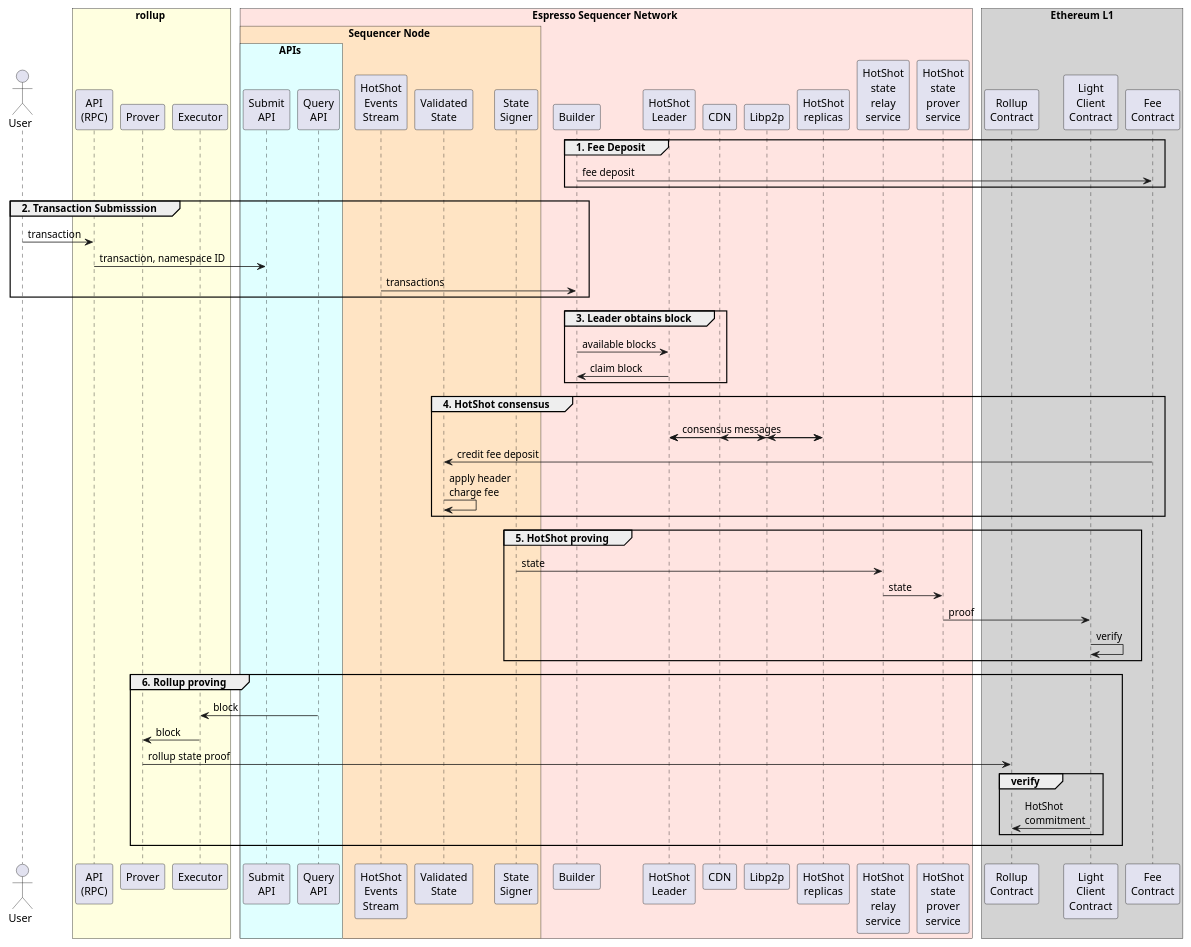
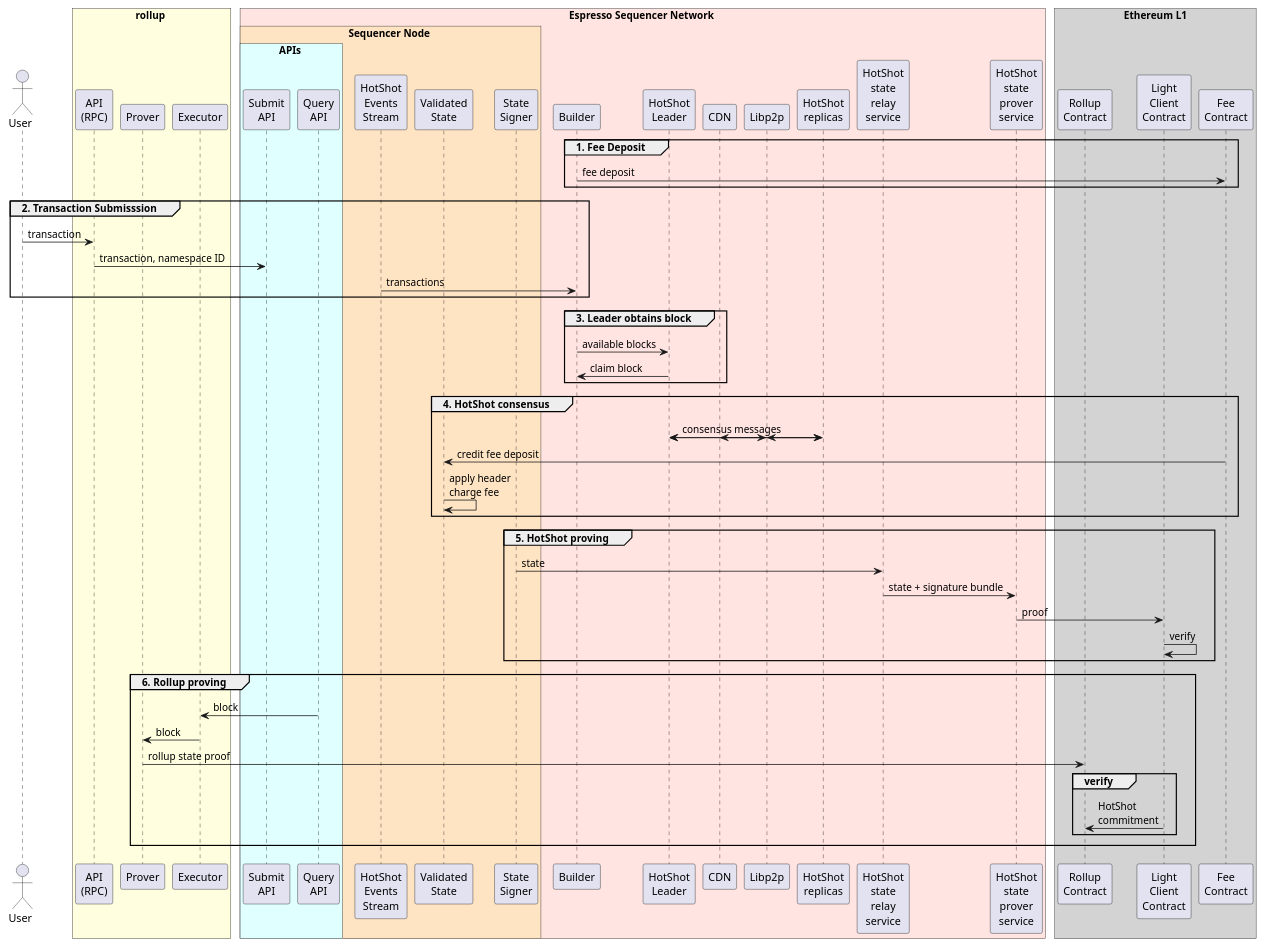
One commit to EspressoSystems/espresso-sequencer changed the diagram in doc/sequence-diagram.puml. Above: the diagram before and after it, drawn with PlantUML.

```diff
--- a/doc/sequence-diagram.puml
+++ b/doc/sequence-diagram.puml
@@ -1,77 +1,77 @@
 @startuml
 !pragma teoz true
 actor User
 
 box rollup #LightYellow
     participant "API\n(RPC)" as rpc
     participant "Prover" as rprover
     participant "Executor" as executor
 end box
 
 box Espresso Sequencer Network #MistyRose
     box Sequencer Node #Bisque
         box APIs #LightCyan
             participant "Submit\nAPI" as submit
             participant "Query\nAPI" as query
         end box
         participant "HotShot\nEvents\nStream" as events
         participant "Validated\nState" as ValidatedState
         participant "State\nSigner" as signer
     end box
 
     participant Builder
     participant "HotShot\nLeader" as leader
     participant CDN
     participant Libp2p
     participant "HotShot\nreplicas" as replicas
     participant "HotShot\nstate\nrelay\nservice" as relay
     participant "HotShot\nstate\nprover\nservice" as prover
 end box
 
 box "Ethereum L1" #LightGrey
     participant "Rollup\nContract" as RC
     participant "Light\nClient\nContract" as LC
     participant "Fee\nContract" as fee
 end box
 
 group 1. Fee Deposit
     Builder -> fee: fee deposit
 end group
 
 group 2. Transaction Submisssion
     User -> rpc: transaction
     rpc -> submit: transaction, namespace ID
     events -> Builder: transactions
 end group
 
 group 3. Leader obtains block
     Builder -> leader: available blocks
     leader -> Builder: claim block
 end group
 
 group 4. HotShot consensus
     leader <-> replicas: consensus messages
     & leader <-> Libp2p:
     & Libp2p <-> replicas:
     & replicas -> CDN:
     fee -> ValidatedState: credit fee deposit
     ValidatedState -> ValidatedState: apply header\ncharge fee
 end group
 
 group 5. HotShot proving
     signer -> relay: state
-    relay -> prover: state
+    relay -> prover: state + signature bundle
     prover -> "Light\nClient\nContract" as LC: proof
     LC -> LC: verify
 end group
 
 group 6. Rollup proving
     query -> executor: block
     executor -> rprover: block
     rprover -> RC: rollup state proof
 
     group verify
         LC -> "Rollup\nContract" as RC: HotShot\ncommitment
     end group
 end group
 @enduml
```
